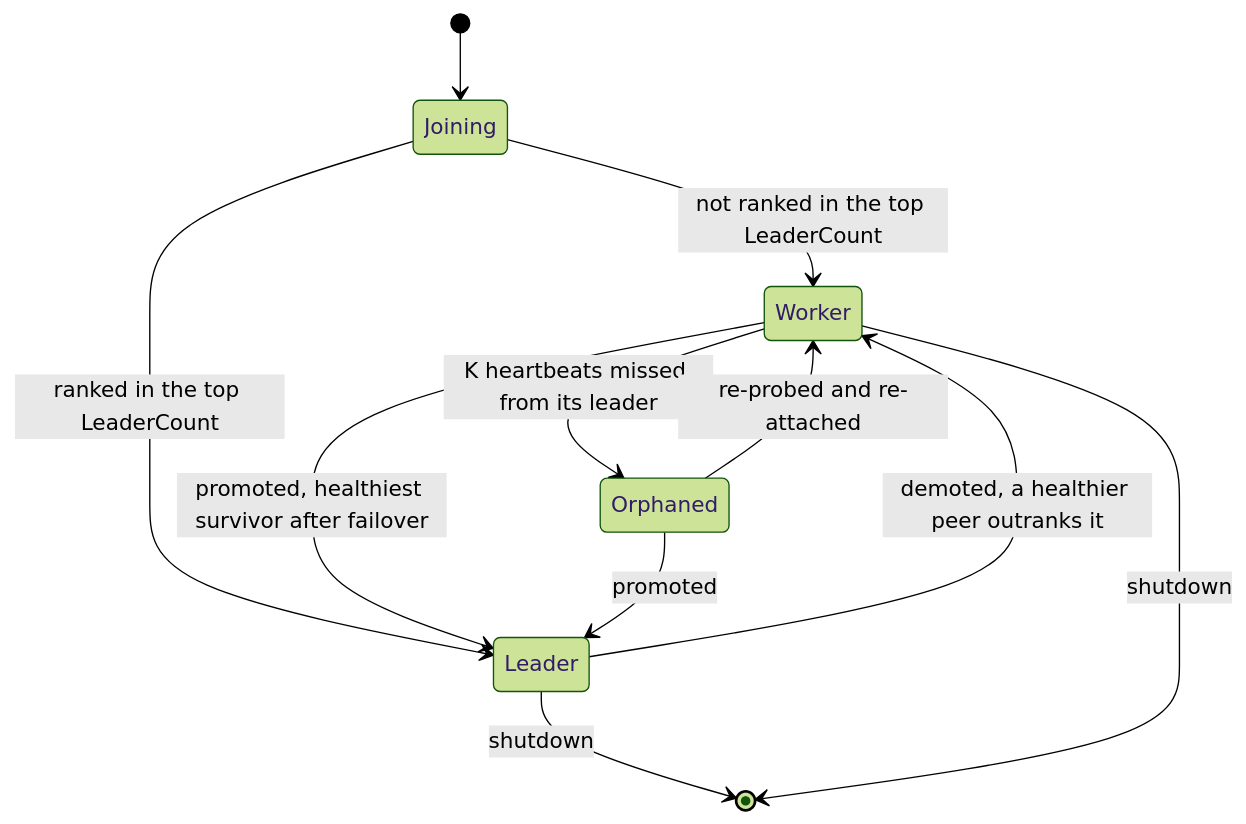
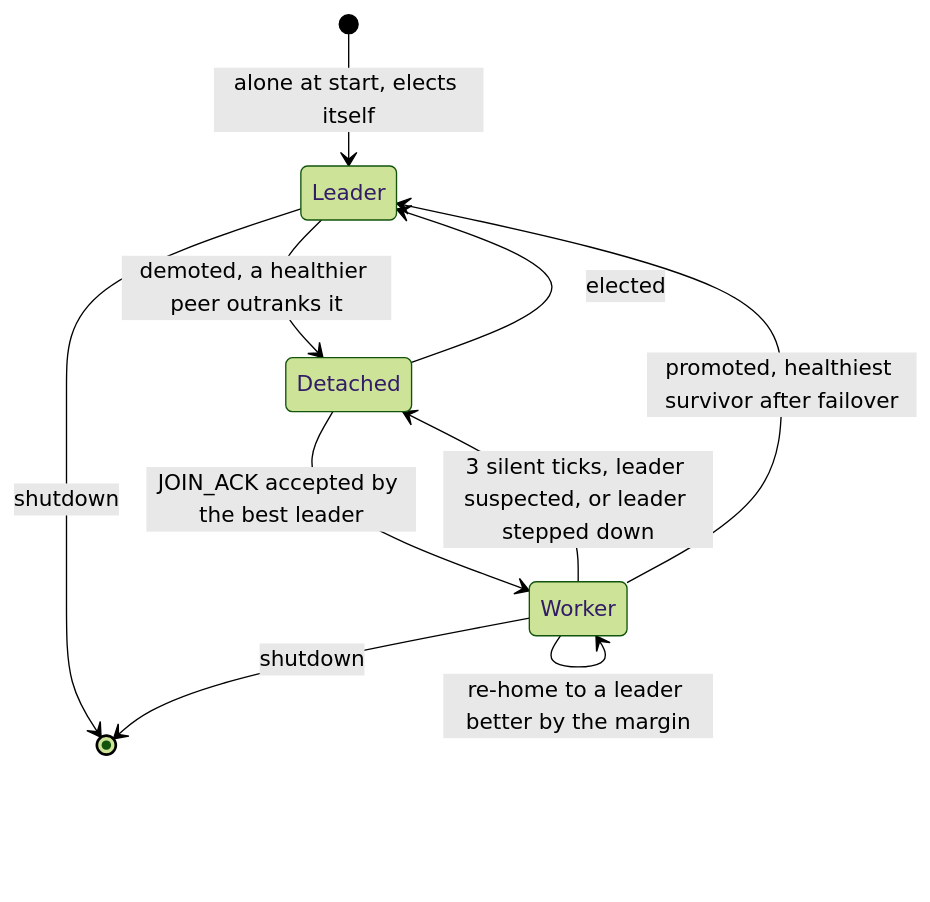
Before and after one commit to Aditya-Jyoti/swarm-communication: the second of 4 diagrams in docs/architecture/overview.md, drawn with Mermaid (forest theme). The commit also changed other lines of this file, not shown here.

First line of the commit message:
docs(architecture): refresh overview for Phase 4

````diff
--- a/docs/architecture/overview.md
+++ b/docs/architecture/overview.md
@@ -104,13 +106,12 @@
 ```mermaid
 stateDiagram-v2
-    [*] --> Joining
-    Joining --> Worker: not ranked in the top LeaderCount
-    Joining --> Leader: ranked in the top LeaderCount
+    [*] --> Leader: alone at start, elects itself
+    Leader --> Detached: demoted, a healthier peer outranks it
+    Detached --> Worker: JOIN_ACK accepted by the best leader
+    Worker --> Detached: 3 silent ticks, leader suspected, or leader stepped down
+    Worker --> Worker: re-home to a leader better by the margin
+    Detached --> Leader: elected
     Worker --> Leader: promoted, healthiest survivor after failover
-    Leader --> Worker: demoted, a healthier peer outranks it
-    Worker --> Orphaned: K heartbeats missed from its leader
-    Orphaned --> Worker: re-probed and re-attached
-    Orphaned --> Leader: promoted
     Leader --> [*]: shutdown
     Worker --> [*]: shutdown
 ```
````
